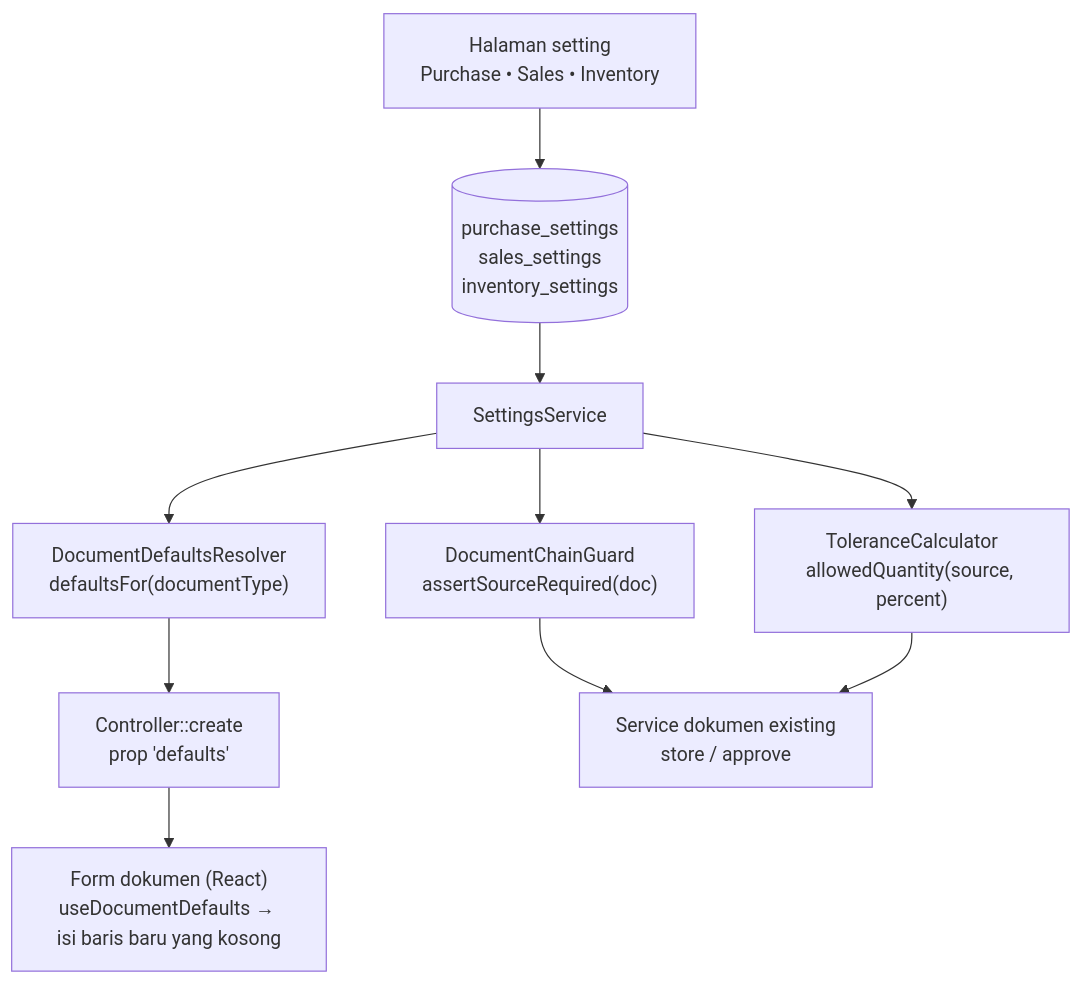
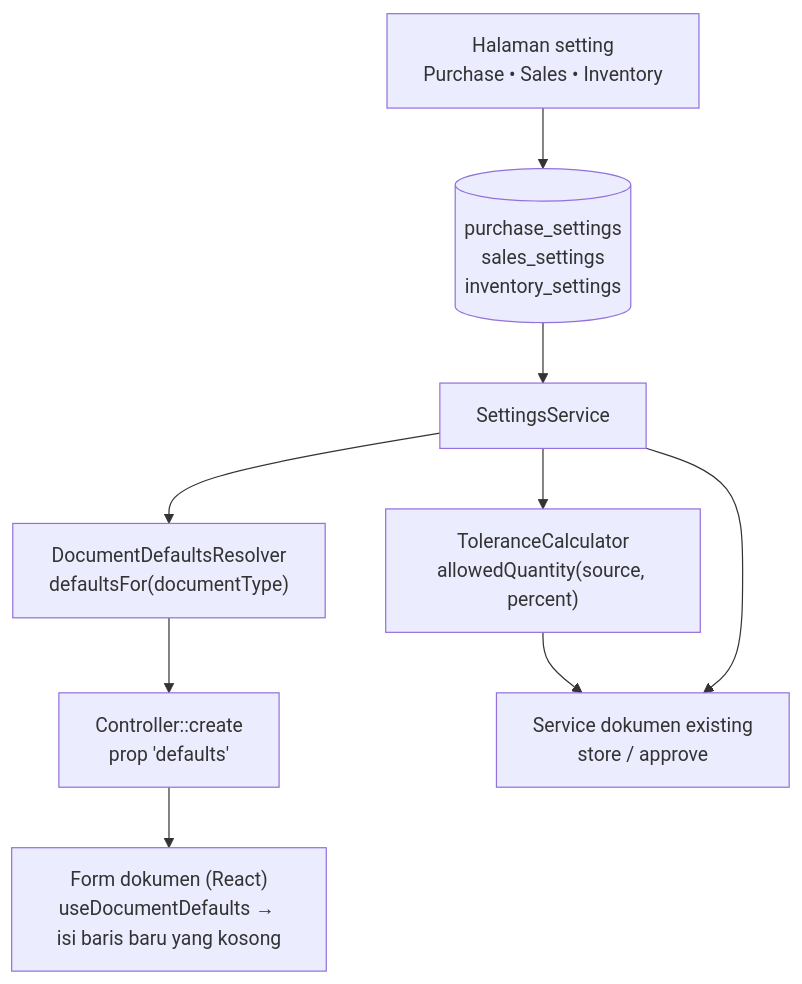
The diagram in .kiro/specs/module-defaults-and-controls/design.md (RimbunCode/erp_pataya), drawn with Mermaid before and after one commit. The commit also changed other lines of this file and 100 other files, not shown here.

````diff
--- a/.kiro/specs/module-defaults-and-controls/design.md
+++ b/.kiro/specs/module-defaults-and-controls/design.md
@@ -27,12 +28,11 @@
 ```mermaid
 flowchart TD
     SET[("purchase_settings<br/>sales_settings<br/>inventory_settings")] --> SS[SettingsService]
     SS --> DDR["DocumentDefaultsResolver<br/>defaultsFor(documentType)"]
     DDR --> CTRL["Controller::create<br/>prop 'defaults'"]
     CTRL --> FE["Form dokumen (React)<br/>useDocumentDefaults → isi baris baru yang kosong"]
-    SS --> GUARD["DocumentChainGuard<br/>assertSourceRequired(doc)"]
     SS --> TOL["ToleranceCalculator<br/>allowedQuantity(source, percent)"]
-    GUARD --> SVC["Service dokumen existing<br/>store / approve"]
     TOL --> SVC
+    SS --> SVC["Service dokumen existing<br/>store / approve"]
     PAGES["Halaman setting<br/>Purchase • Sales • Inventory"] --> SET
 ```
````
